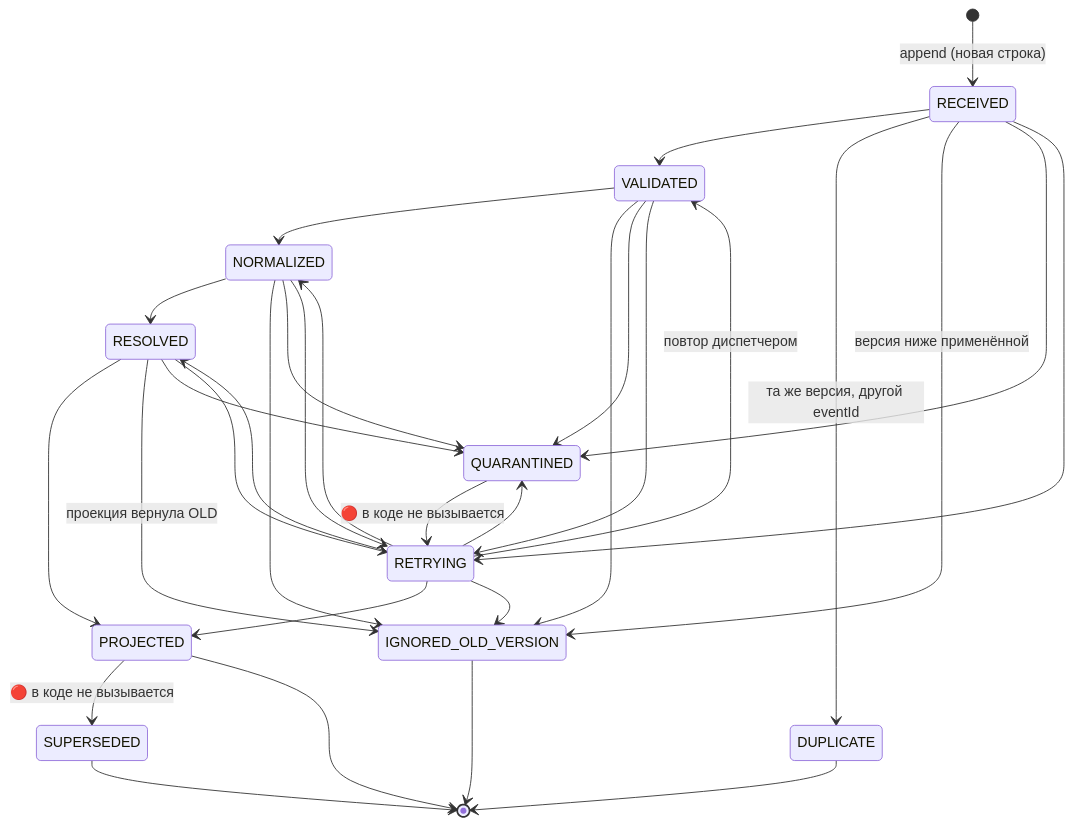
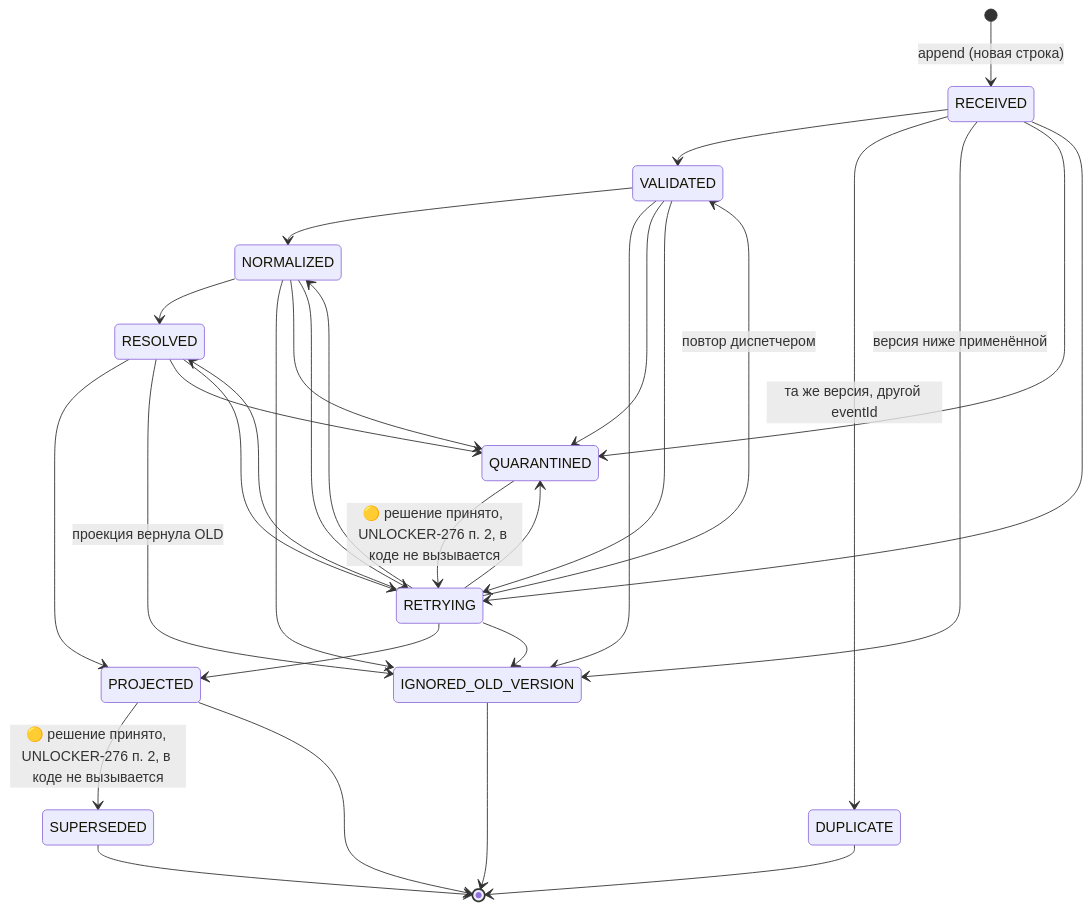
The first of 10 diagrams in _reversa_sdd/state-machines.md (Unlocker/architecture-rag), drawn with Mermaid before and after one commit. The commit also changed other lines of this file and 2 other files, not shown here.

Commit message:
UNLOCKER-274: переклассификация 🔴 в сводных specs (state-machines, data-dictionary, permissions)

````diff
--- a/_reversa_sdd/state-machines.md
+++ b/_reversa_sdd/state-machines.md
@@ -42,33 +42,33 @@
 ```mermaid
 stateDiagram-v2
     [*] --> RECEIVED: append (новая строка)
     RECEIVED --> VALIDATED
     VALIDATED --> NORMALIZED
     NORMALIZED --> RESOLVED
     RESOLVED --> PROJECTED
     RECEIVED --> DUPLICATE: та же версия, другой eventId
     RECEIVED --> IGNORED_OLD_VERSION: версия ниже применённой
     VALIDATED --> IGNORED_OLD_VERSION
     NORMALIZED --> IGNORED_OLD_VERSION
     RESOLVED --> IGNORED_OLD_VERSION: проекция вернула OLD
     RECEIVED --> QUARANTINED
     VALIDATED --> QUARANTINED
     NORMALIZED --> QUARANTINED
     RESOLVED --> QUARANTINED
     RECEIVED --> RETRYING
     VALIDATED --> RETRYING
     NORMALIZED --> RETRYING
     RESOLVED --> RETRYING
     RETRYING --> VALIDATED: повтор диспетчером
     RETRYING --> NORMALIZED
     RETRYING --> RESOLVED
     RETRYING --> PROJECTED
     RETRYING --> QUARANTINED
     RETRYING --> IGNORED_OLD_VERSION
-    QUARANTINED --> RETRYING: 🔴 в коде не вызывается
-    PROJECTED --> SUPERSEDED: 🔴 в коде не вызывается
+    QUARANTINED --> RETRYING: 🟡 решение принято, UNLOCKER-276 п. 2, в коде не вызывается
+    PROJECTED --> SUPERSEDED: 🟡 решение принято, UNLOCKER-276 п. 2, в коде не вызывается
     PROJECTED --> [*]
     DUPLICATE --> [*]
     IGNORED_OLD_VERSION --> [*]
     SUPERSEDED --> [*]
 ```
````
